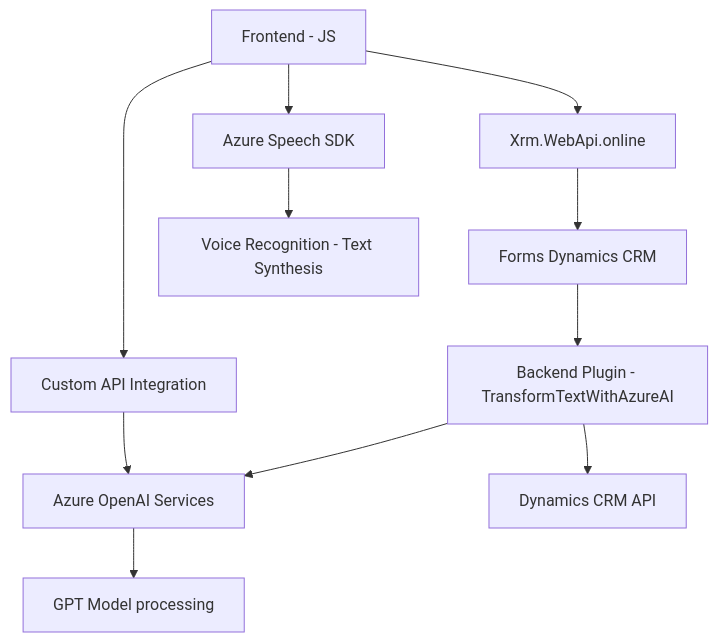
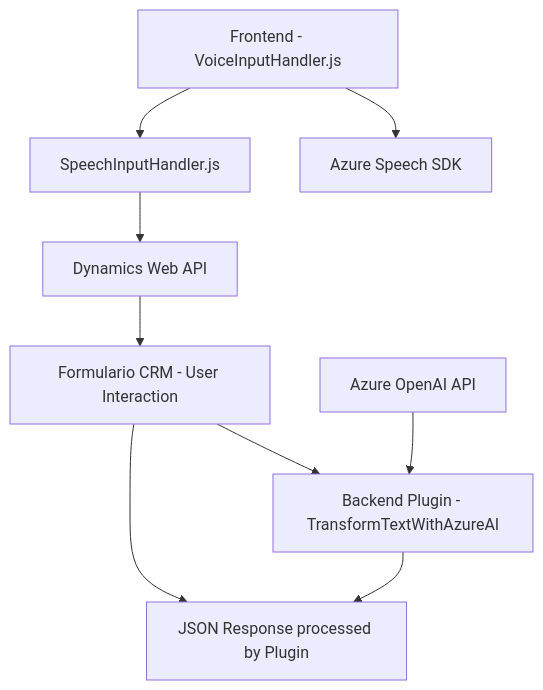
One commit to blopezdm/NETCORE_BILBAO2025 changed the diagram in README.md. Above: the diagram before and after it, drawn with Mermaid. The commit also changed other lines of this file, not shown here.

````diff
--- a/README.md
+++ b/README.md
@@ -40,13 +33,11 @@
 ```mermaid
 graph TD
-    A["Frontend - JS"] --> B["Azure Speech SDK"]
-    A --> C["Xrm.WebApi.online"]
-    C --> F["Forms Dynamics CRM"]
-    B --> D["Voice Recognition - Text Synthesis"]
-    A --> E["Custom API Integration"]
-    E --> G["Azure OpenAI Services"]
-    G --> H["GPT Model processing"]
-    F --> I["Backend Plugin - TransformTextWithAzureAI"]
-    I --> G
-    I --> J["Dynamics CRM API"]
+    A["Frontend - VoiceInputHandler.js"] --> C["Azure Speech SDK"]
+    A --> B["SpeechInputHandler.js"]
+    B --> D["Dynamics Web API"]
+    D --> F["Formulario CRM - User Interaction"]
+    F --> H["Backend Plugin - TransformTextWithAzureAI"]
+    G["Azure OpenAI API"] --> H
+    H --> J["JSON Response processed by Plugin"]
+    F --> J
 ```
````
